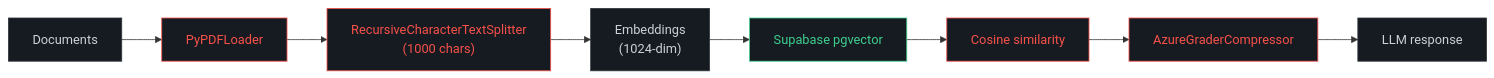
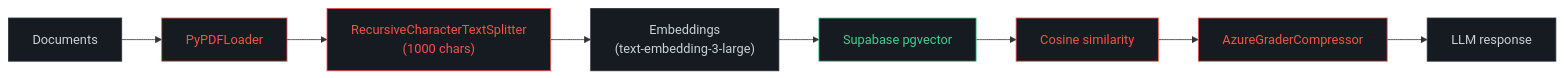
One commit to toprak1919/TMT changed the first of 4 diagrams in README.md. Above: the diagram before and after it, drawn with Mermaid. The commit also changed other lines of this file, not shown here.

````diff
--- a/README.md
+++ b/README.md
@@ -40,19 +58,19 @@
 ```mermaid
 graph LR
     A["Documents"] --> B["PyPDFLoader"]
     B --> C["RecursiveCharacterTextSplitter\n(1000 chars)"]
-    C --> D["Embeddings\n(1024-dim)"]
+    C --> D["Embeddings\n(text-embedding-3-large)"]
     D --> E["Supabase pgvector"]
     E --> F["Cosine similarity"]
     F --> G["AzureGraderCompressor"]
     G --> H["LLM response"]
 
     style A fill:#161b22,stroke:#30363d,color:#c9d1d9
     style B fill:#161b22,stroke:#f85149,color:#f85149
     style C fill:#161b22,stroke:#f85149,color:#f85149
     style D fill:#161b22,stroke:#30363d,color:#c9d1d9
     style E fill:#161b22,stroke:#3ECF8E,color:#3ECF8E
     style F fill:#161b22,stroke:#f85149,color:#f85149
     style G fill:#161b22,stroke:#f85149,color:#f85149
     style H fill:#161b22,stroke:#30363d,color:#c9d1d9
 ```
````
